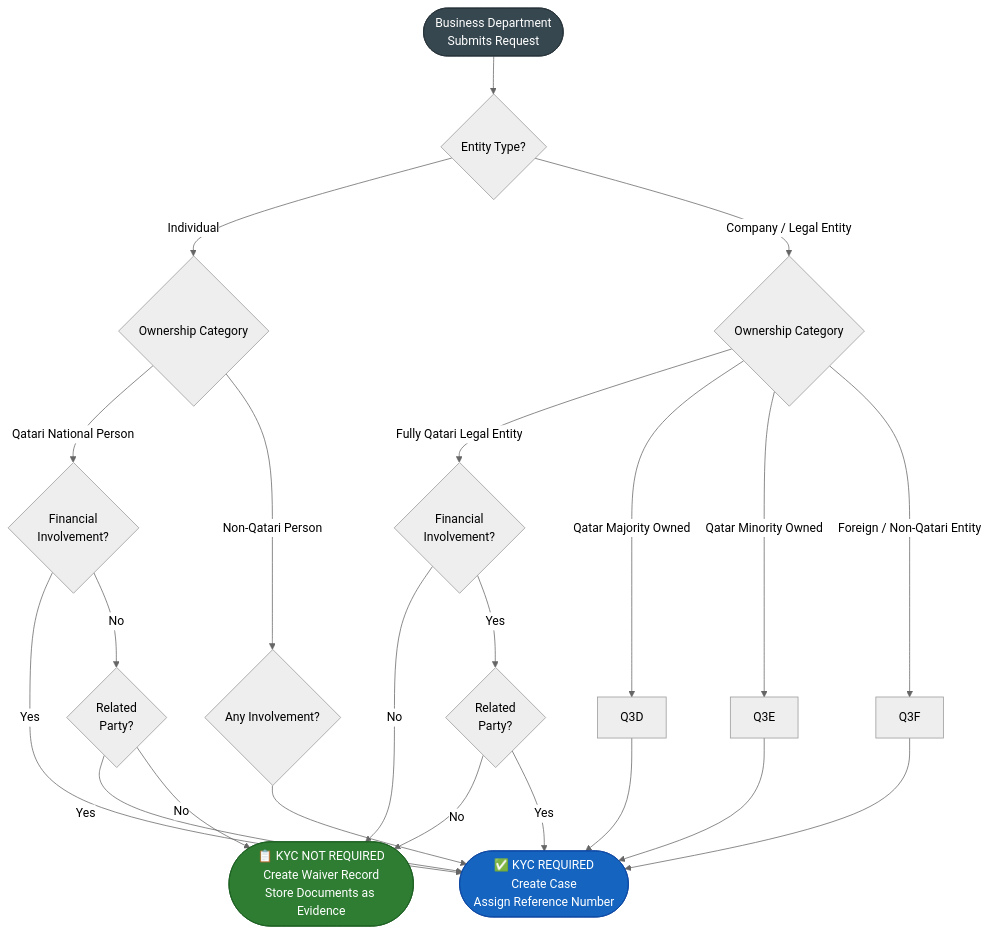
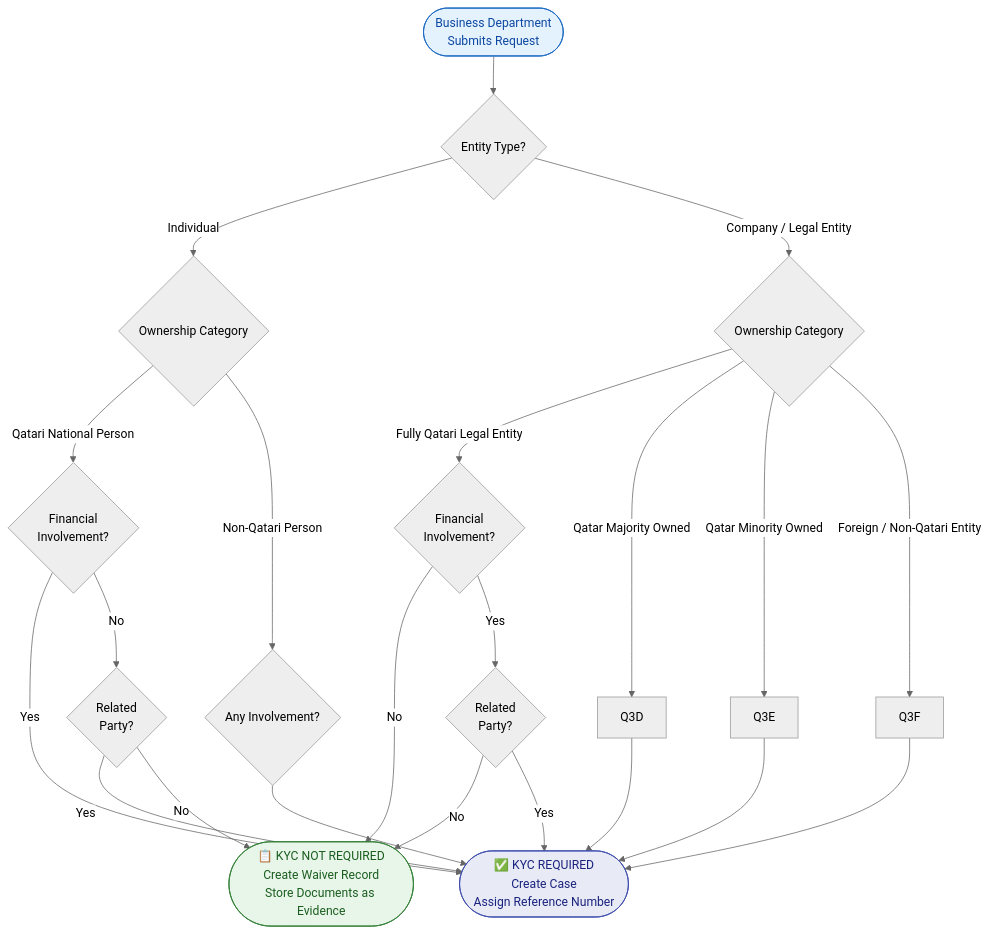
The diagram in docs/diagrams/kyc-necessity.md (mazharr-hussain/KycReport), drawn with Mermaid (neutral theme) before and after one commit. The commit also changed 7 other files, not shown here.

First line of the commit message:
Switch all diagrams to light pastel palette with dark text

````diff
--- a/docs/diagrams/kyc-necessity.md
+++ b/docs/diagrams/kyc-necessity.md
@@ -11,47 +11,47 @@
 ```mermaid
 flowchart TD
     START([Business Department\nSubmits Request]) --> Q1
 
     Q1{Entity Type?}
     Q1 -->|Individual| Q2_IND
     Q1 -->|Company / Legal Entity| Q2_LE
 
     Q2_IND{Ownership Category}
     Q2_IND -->|Qatari National Person| Q3A
     Q2_IND -->|Non-Qatari Person| Q3B
 
     Q2_LE{Ownership Category}
     Q2_LE -->|Fully Qatari Legal Entity| Q3C
     Q2_LE -->|Qatar Majority Owned| Q3D
     Q2_LE -->|Qatar Minority Owned| Q3E
     Q2_LE -->|Foreign / Non-Qatari Entity| Q3F
 
     Q3A{Financial\nInvolvement?}
     Q3A -->|Yes| REQUIRED
     Q3A -->|No| Q4A
 
     Q4A{Related\nParty?}
     Q4A -->|Yes| REQUIRED
     Q4A -->|No| NOT_REQUIRED
 
     Q3B{Any Involvement?} --> REQUIRED
 
     Q3C{Financial\nInvolvement?}
     Q3C -->|No| NOT_REQUIRED
     Q3C -->|Yes| Q5C
 
     Q5C{Related\nParty?}
     Q5C -->|No| NOT_REQUIRED
     Q5C -->|Yes| REQUIRED
 
     Q3D --> REQUIRED
     Q3E --> REQUIRED
     Q3F --> REQUIRED
 
     REQUIRED([✅ KYC REQUIRED\nCreate Case\nAssign Reference Number])
     NOT_REQUIRED([📋 KYC NOT REQUIRED\nCreate Waiver Record\nStore Documents as Evidence])
 
-    style REQUIRED fill:#1565C0,color:#fff,stroke:#0D47A1
-    style NOT_REQUIRED fill:#2E7D32,color:#fff,stroke:#1B5E20
-    style START fill:#37474F,color:#fff,stroke:#263238
+    style REQUIRED fill:#E8EAF6,color:#1A237E,stroke:#3949AB
+    style NOT_REQUIRED fill:#E8F5E9,color:#1B5E20,stroke:#2E7D32
+    style START fill:#E3F2FD,color:#0D47A1,stroke:#1565C0
 ```
````
